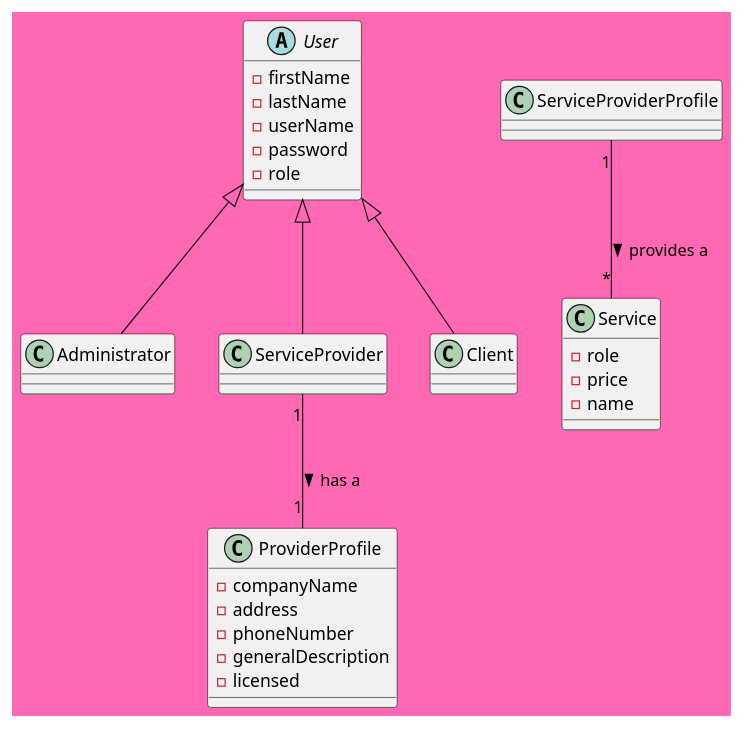
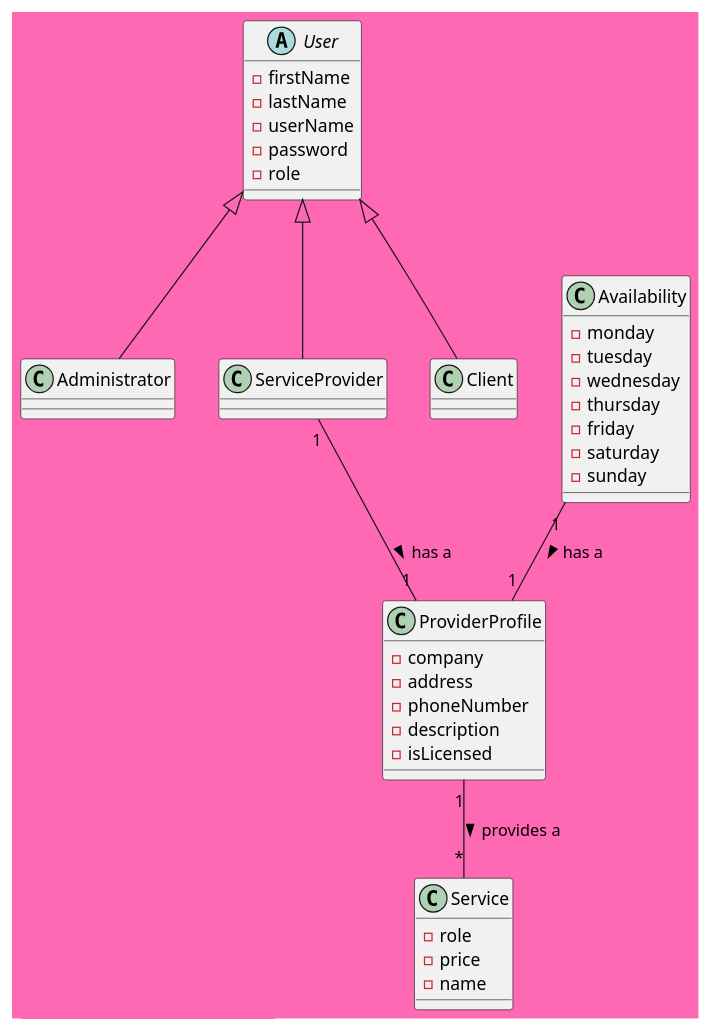
One commit to callmekungfu/chad changed the diagram in accountManagementUML.puml. Above: the diagram before and after it, drawn with PlantUML. The commit also changed 3 other files, not shown here.

Commit message:
updated uml

```diff
--- a/accountManagementUML.puml
+++ b/accountManagementUML.puml
@@ -2,40 +2,51 @@
 @startuml Account Management
 
 skinparam backgroundColor HotPink
 
     abstract class User{
         -firstName
         -lastName
         -userName
         -password
         -role
     }
 
     class Administrator extends User{
 
     }
 
     class ServiceProvider extends User{
 
     }
     class Client extends User{
 
     }
 
     class Service{
       -role
       -price
       -name
     }
 
     class ProviderProfile{
-      -companyName
+      -company
       -address
       -phoneNumber
-      -generalDescription
-      -licensed
+      -description
+      -isLicensed
+    }
+
+    class Availability {
+      -monday
+      -tuesday
+      -wednesday
+      -thursday
+      -friday
+      -saturday
+      -sunday
     }
 
     ServiceProvider "1" -- "1" ProviderProfile: > has a
-    ServiceProviderProfile "1" -- "*" Service: > provides a
+    ProviderProfile "1" -- "*" Service: > provides a
+    Availability "1" -- "1" ProviderProfile: > has a
 @enduml
```
